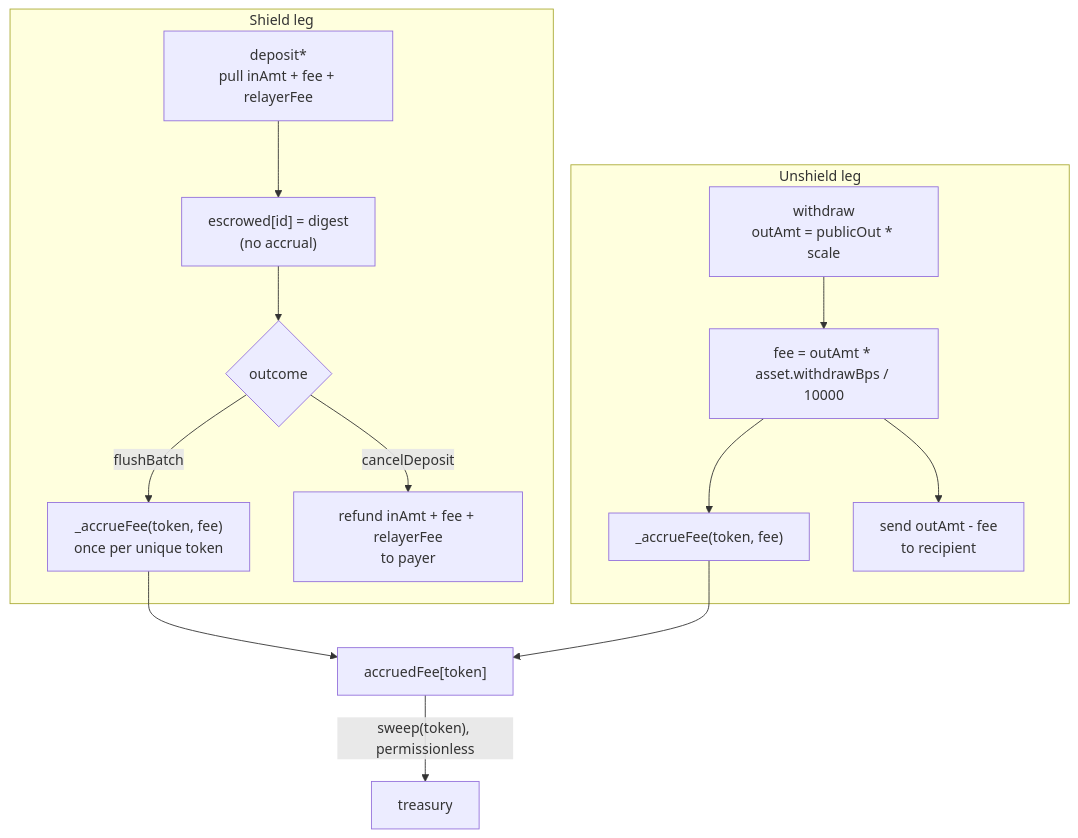
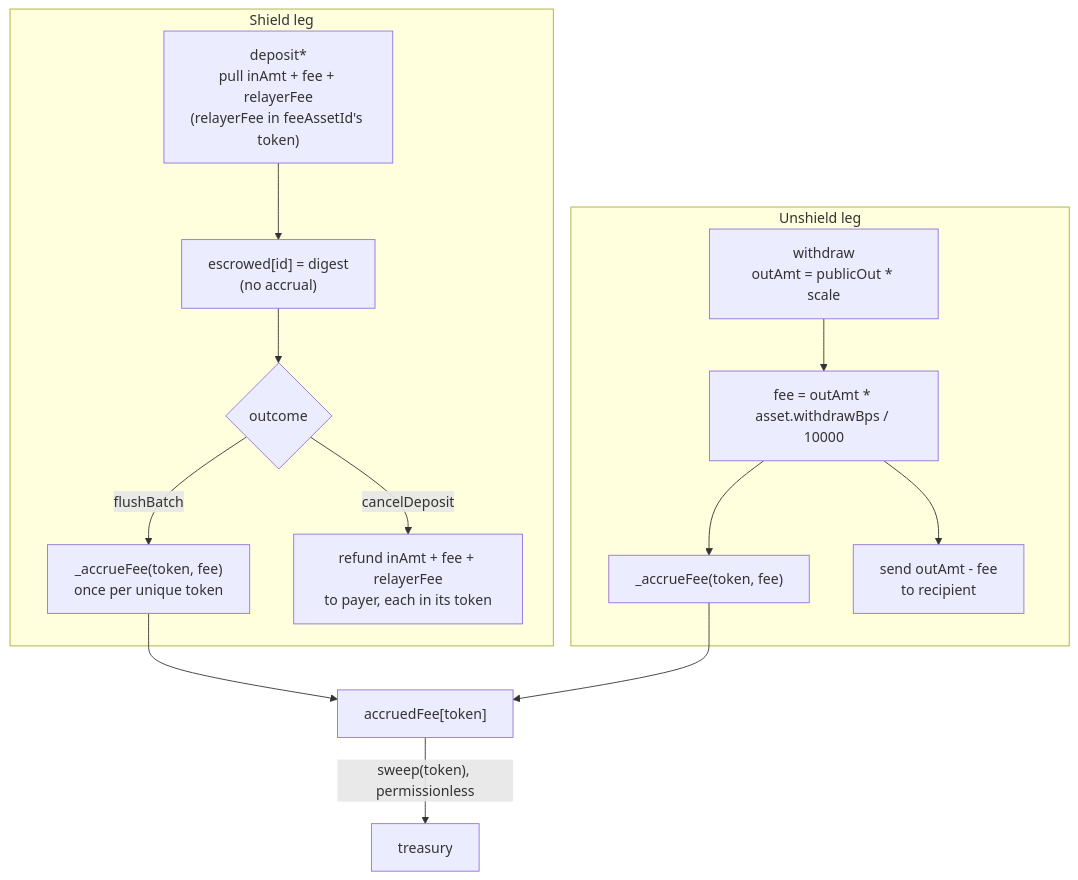
The ninth of 12 diagrams in src/README.md (lelantos-org/contracts), drawn with Mermaid before and after one commit. The commit also changed other lines of this file and 275 other files, not shown here.

````diff
--- a/src/README.md
+++ b/src/README.md
@@ -480,17 +527,17 @@
 ```mermaid
 flowchart TD
   subgraph SHIELD["Shield leg"]
-    S1["deposit*<br/>pull inAmt + fee + relayerFee"] --> S2["escrowed[id] = digest<br/>(no accrual)"]
+    S1["deposit*<br/>pull inAmt + fee + relayerFee<br/>(relayerFee in feeAssetId's token)"] --> S2["escrowed[id] = digest<br/>(no accrual)"]
     S2 --> S3{"outcome"}
     S3 -->|flushBatch| S4["_accrueFee(token, fee)<br/>once per unique token"]
-    S3 -->|cancelDeposit| S5["refund inAmt + fee + relayerFee<br/>to payer"]
+    S3 -->|cancelDeposit| S5["refund inAmt + fee + relayerFee<br/>to payer, each in its token"]
   end
   subgraph UNSHIELD["Unshield leg"]
     W1["withdraw<br/>outAmt = publicOut * scale"] --> W2["fee = outAmt * asset.withdrawBps / 10000"]
     W2 --> W3["_accrueFee(token, fee)"]
     W2 --> W4["send outAmt - fee<br/>to recipient"]
   end
   S4 --> A["accruedFee[token]"]
   W3 --> A
   A -->|"sweep(token), permissionless"| TR["treasury"]
 ```
````
